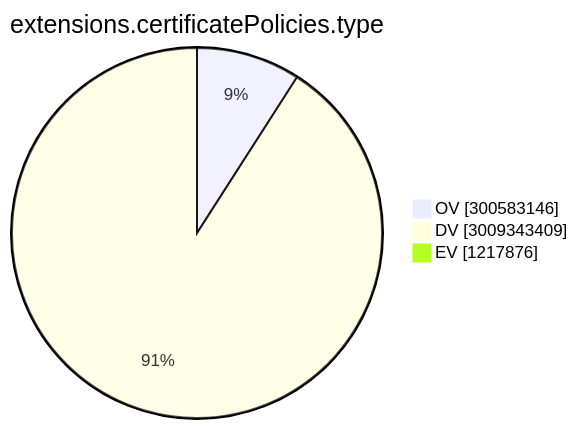
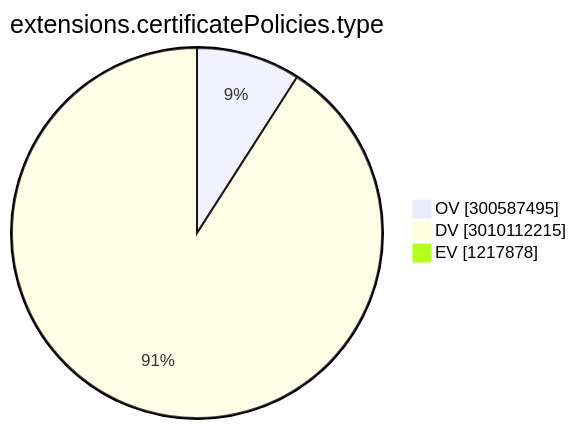
Before and after one commit to christiankrug/ctmonitor_visualization: the ninth of 15 diagrams in TOTAL/README.md, drawn with Mermaid. The commit also changed other lines of this file, not shown here.

````diff
--- a/TOTAL/README.md
+++ b/TOTAL/README.md
@@ -3102,7 +3102,7 @@
 ```mermaid
 pie showData
 title extensions.certificatePolicies.type
-"OV" :300583146
-"DV" :3009343409
-"EV" :1217876
+"OV" :300587495
+"DV" :3010112215
+"EV" :1217878
 ```
````
